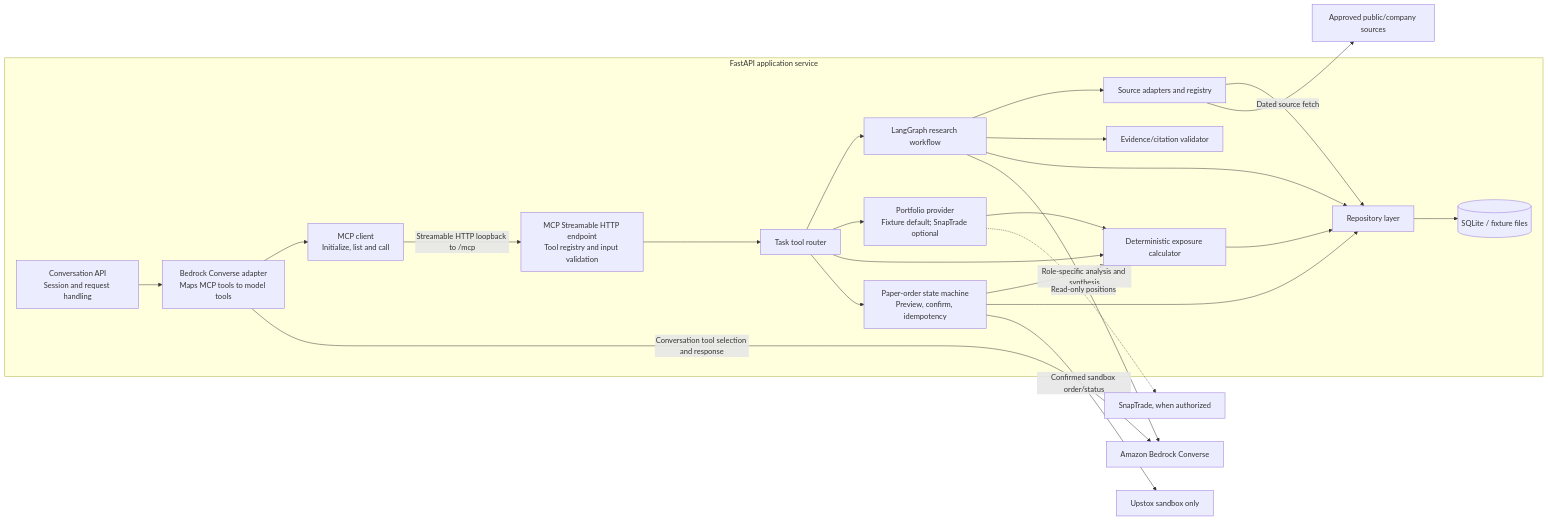
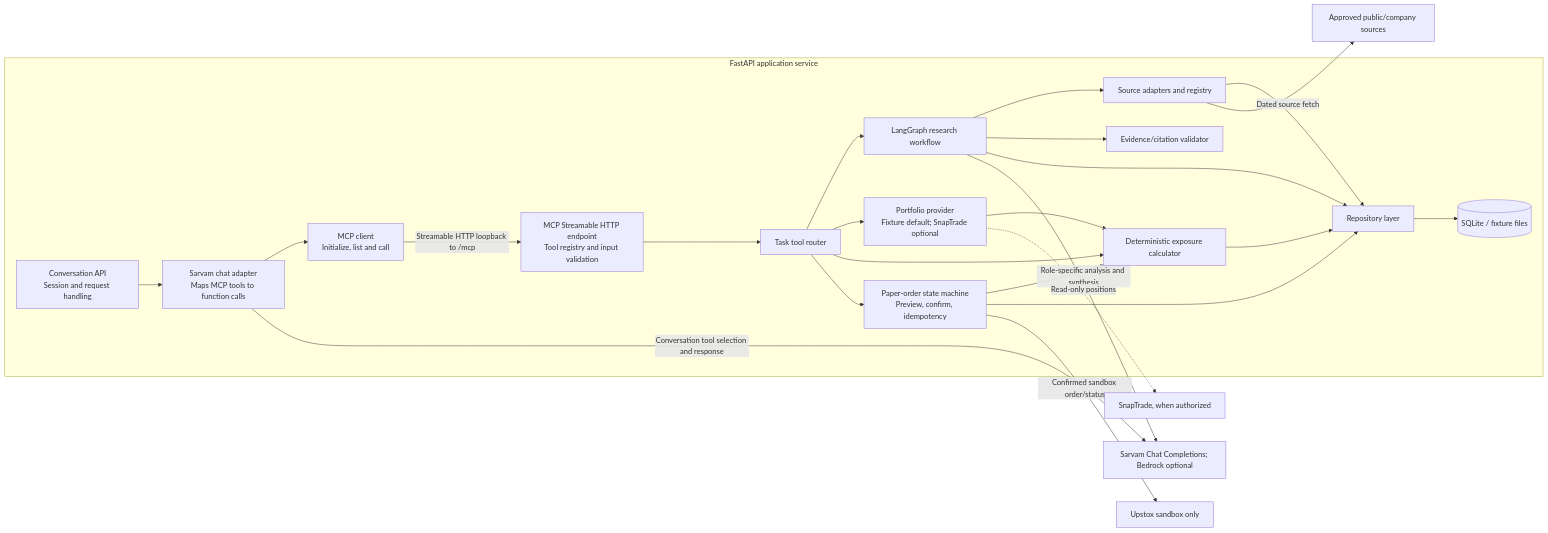
The third of 7 diagrams in docs/HLD.md (BlueWaves-afk/market-assistant), drawn with Mermaid before and after one commit. The commit also changed other lines of this file and 13 other files, not shown here.

````diff
--- a/docs/HLD.md
+++ b/docs/HLD.md
@@ -70,47 +70,47 @@
 ```mermaid
 flowchart LR
     subgraph App["FastAPI application service"]
         Chat["Conversation API<br/>Session and request handling"]
-        ConverseAdapter["Bedrock Converse adapter<br/>Maps MCP tools to model tools"]
+        ConverseAdapter["Sarvam chat adapter<br/>Maps MCP tools to function calls"]
         MCPClient["MCP client<br/>Initialize, list and call"]
         MCPEndpoint["MCP Streamable HTTP endpoint<br/>Tool registry and input validation"]
         ToolRouter["Task tool router"]
         Research["LangGraph research workflow"]
         Sources["Source adapters and registry"]
         Validator["Evidence/citation validator"]
         Portfolio["Portfolio provider<br/>Fixture default; SnapTrade optional"]
         Exposure["Deterministic exposure calculator"]
         Orders["Paper-order state machine<br/>Preview, confirm, idempotency"]
         Store["Repository layer"]
         DB[("SQLite / fixture files")]
 
         Chat --> ConverseAdapter
         ConverseAdapter --> MCPClient
         MCPClient -->|Streamable HTTP loopback to /mcp| MCPEndpoint
         MCPEndpoint --> ToolRouter
         ToolRouter --> Research
         ToolRouter --> Portfolio
         ToolRouter --> Exposure
         ToolRouter --> Orders
         Research --> Sources
         Research --> Validator
         Research --> Store
         Portfolio --> Exposure
         Exposure --> Store
         Orders --> Exposure
         Orders --> Store
         Sources --> Store
         Store --> DB
     end
 
-    Bedrock["Amazon Bedrock Converse"]
+    ModelProvider["Sarvam Chat Completions; Bedrock optional"]
     PublicSources["Approved public/company sources"]
     SnapTrade["SnapTrade, when authorized"]
     Upstox["Upstox sandbox only"]
 
-    ConverseAdapter -->|Conversation tool selection and response| Bedrock
-    Research -->|Role-specific analysis and synthesis| Bedrock
+    ConverseAdapter -->|Conversation tool selection and response| ModelProvider
+    Research -->|Role-specific analysis and synthesis| ModelProvider
     Sources -->|Dated source fetch| PublicSources
     Portfolio -.->|Read-only positions| SnapTrade
     Orders -->|Confirmed sandbox order/status| Upstox
 ```
````
